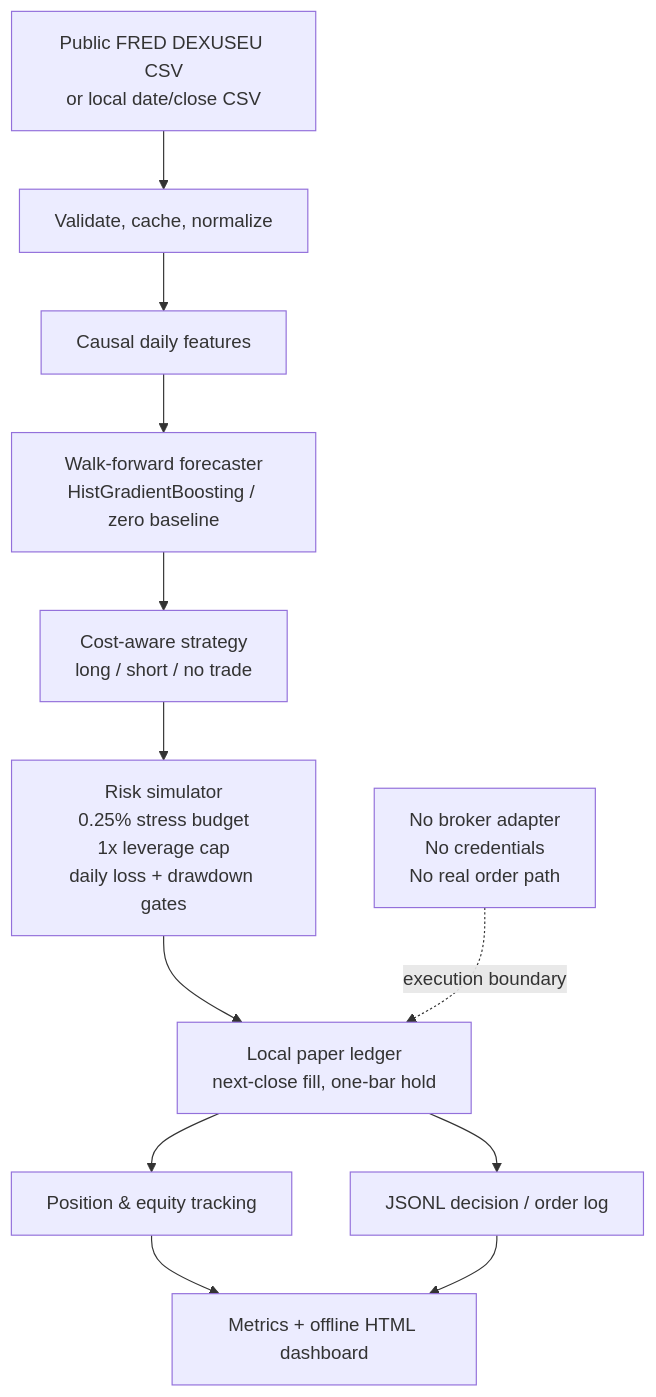
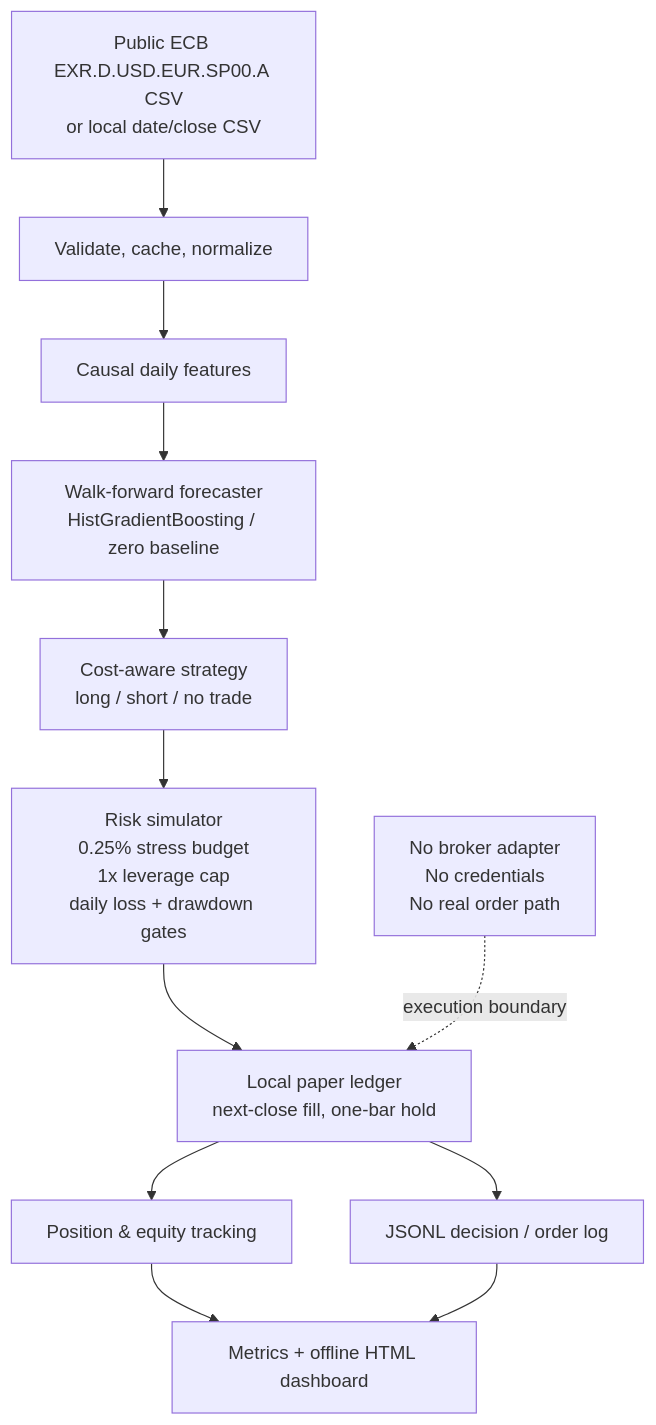
Before and after one commit to bereket-web/automated-forex-paper-trader: the diagram in docs/architecture.mmd, drawn with Mermaid. The commit also changed 8 other files, not shown here.

```diff
--- a/docs/architecture.mmd
+++ b/docs/architecture.mmd
@@ -1,12 +1,12 @@
 flowchart TB
-    A[Public FRED DEXUSEU CSV<br/>or local date/close CSV] --> B[Validate, cache, normalize]
+    A[Public ECB EXR.D.USD.EUR.SP00.A CSV<br/>or local date/close CSV] --> B[Validate, cache, normalize]
     B --> C[Causal daily features]
     C --> D[Walk-forward forecaster<br/>HistGradientBoosting / zero baseline]
     D --> E[Cost-aware strategy<br/>long / short / no trade]
     E --> F[Risk simulator<br/>0.25% stress budget<br/>1x leverage cap<br/>daily loss + drawdown gates]
     F --> G[Local paper ledger<br/>next-close fill, one-bar hold]
     G --> H[Position & equity tracking]
     G --> I[JSONL decision / order log]
     H --> J[Metrics + offline HTML dashboard]
     I --> J
     K[No broker adapter<br/>No credentials<br/>No real order path] -. execution boundary .-> G
```
